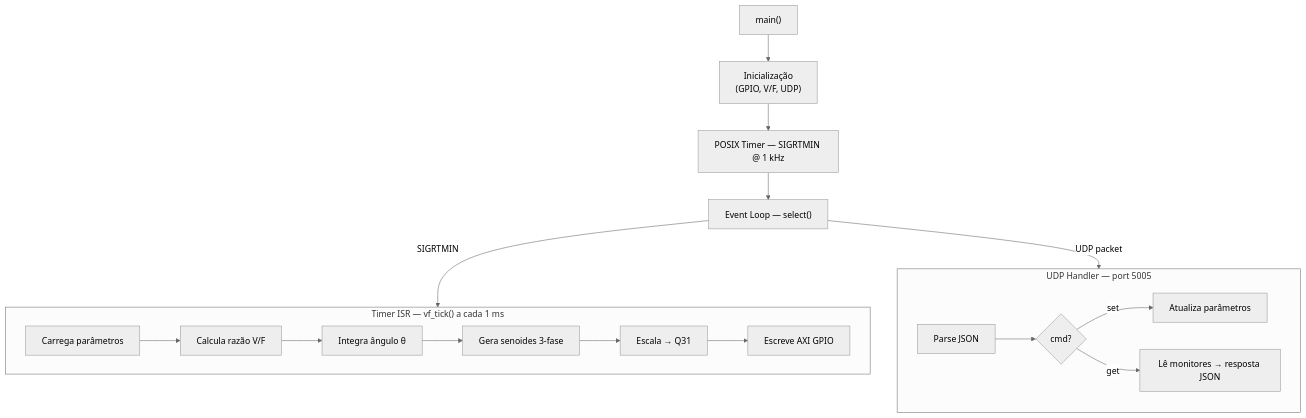
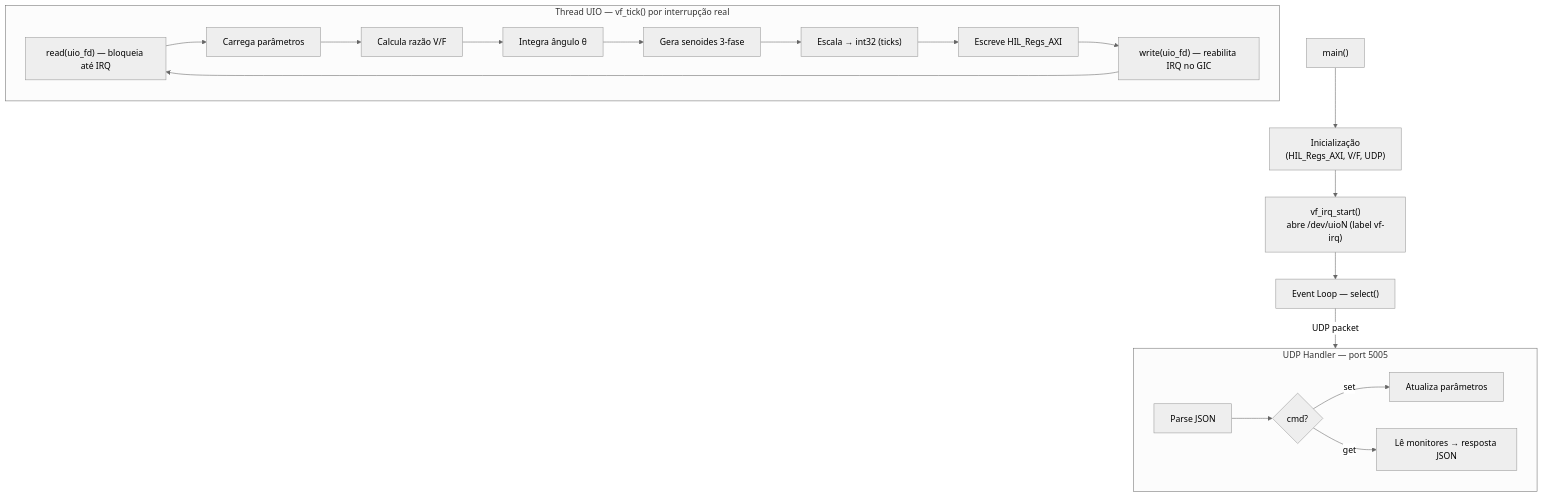
Before and after one commit to urielcontardi/Hardware-in-the-Loop: the third of 7 diagrams in docs/architecture.md, drawn with Mermaid (neutral theme). The commit also changed other lines of this file and 2 other files, not shown here.

Commit message:
📝 docs: fix outdated architecture (clock, registers, IRQ, API)

````diff
--- a/docs/architecture.md
+++ b/docs/architecture.md
@@ -117,23 +168,25 @@
 ```mermaid
 flowchart TD
-    BOOT["main()"] --> INIT["Inicialização<br/>(GPIO, V/F, UDP)"]
-    INIT --> TIMER_SETUP["POSIX Timer — SIGRTMIN @ 1 kHz"]
-    TIMER_SETUP --> LOOP["Event Loop — select()"]
+    BOOT["main()"] --> INIT["Inicialização<br/>(HIL_Regs_AXI, V/F, UDP)"]
+    INIT --> IRQ_SETUP["vf_irq_start()<br/>abre /dev/uioN (label vf-irq)"]
+    IRQ_SETUP --> LOOP["Event Loop — select()"]
 
-    LOOP -->|"SIGRTMIN"| ISR
     LOOP -->|"UDP packet"| UDP_H
 
-    subgraph ISR["Timer ISR — vf_tick() a cada 1 ms"]
-        LOAD["Carrega parâmetros"] --> VF_RATIO["Calcula razão V/F"]
+    subgraph IRQ_THREAD["Thread UIO — vf_tick() por interrupção real"]
+        WAIT["read(uio_fd) — bloqueia até IRQ"] --> LOAD["Carrega parâmetros"]
+        LOAD --> VF_RATIO["Calcula razão V/F"]
         VF_RATIO --> ANGLE["Integra ângulo θ"]
         ANGLE --> SINE_GEN["Gera senoides 3-fase"]
-        SINE_GEN --> SCALE["Escala → Q31"]
-        SCALE --> GPIO_WRITE["Escreve AXI GPIO"]
+        SINE_GEN --> SCALE["Escala → int32 (ticks)"]
+        SCALE --> REG_WRITE["Escreve HIL_Regs_AXI"]
+        REG_WRITE --> REENABLE["write(uio_fd) — reabilita IRQ no GIC"]
+        REENABLE --> WAIT
     end
 
     subgraph UDP_H["UDP Handler — port 5005"]
         RX_JSON["Parse JSON"] --> CMD_DISPATCH{"cmd?"}
         CMD_DISPATCH -->|"set"| CMD_SET["Atualiza parâmetros"]
         CMD_DISPATCH -->|"get"| CMD_GET["Lê monitores → resposta JSON"]
     end
 ```
````
